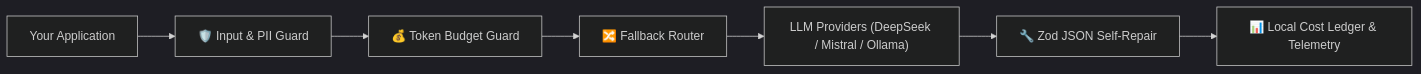
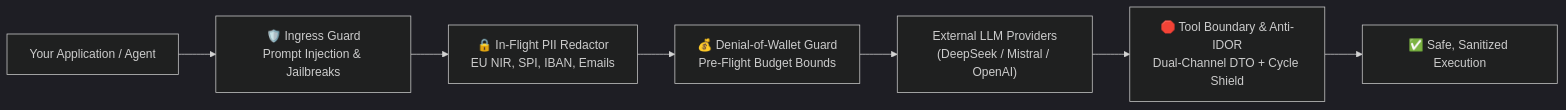
The diagram in README.md (thienban/avantGate), drawn with Mermaid (dark theme) before and after one commit. The commit also changed other lines of this file and 1 other file, not shown here.

````diff
--- a/README.md
+++ b/README.md
@@ -24,9 +24,9 @@
 ```mermaid
 flowchart LR
-    App[Your Application] --> InputGuard[🛡️ Input & PII Guard]
-    InputGuard --> TokenBudget[💰 Token Budget Guard]
-    TokenBudget --> FallbackRouter[🔀 Fallback Router]
-    FallbackRouter --> Providers["LLM Providers (DeepSeek / Mistral / Ollama)"]
-    Providers --> JSONRepair[🔧 Zod JSON Self-Repair]
-    JSONRepair --> Audit[📊 Local Cost Ledger & Telemetry]
+    App[Your Application / Agent] --> InputGuard[🛡️ Ingress Guard<br/>Prompt Injection & Jailbreaks]
+    InputGuard --> PIIShield[🔒 In-Flight PII Redactor<br/>EU NIR, SPI, IBAN, Emails]
+    PIIShield --> TokenBudget[💰 Denial-of-Wallet Guard<br/>Pre-Flight Budget Bounds]
+    TokenBudget --> Providers["External LLM Providers<br/>(DeepSeek / Mistral / OpenAI)"]
+    Providers --> ToolBoundary[🛑 Tool Boundary & Anti-IDOR<br/>Dual-Channel DTO + Cycle Shield]
+    ToolBoundary --> SafeOutput[✅ Safe, Sanitized Execution]
 ```
````
